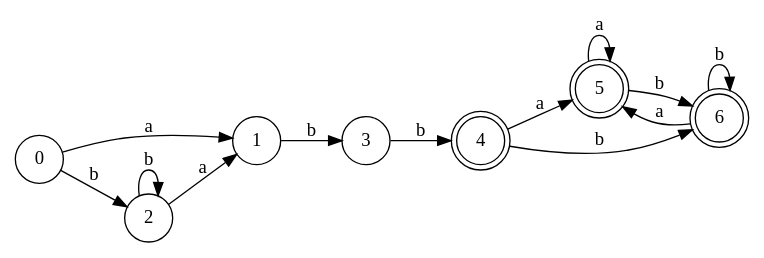
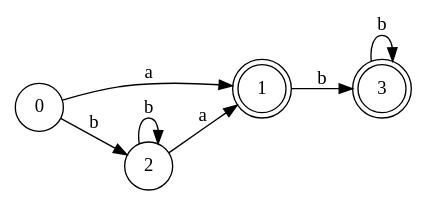
The diagram in afd.gv (paulbelches/scannerAndParserGenerator), drawn with Graphviz before and after one commit. The commit also changed 11 other files, not shown here.

```diff
--- a/afd.gv
+++ b/afd.gv
@@ -1,35 +1,21 @@
 digraph finite_state_machine {
 	rankdir=LR size="8,5"
 	node [shape=doublecircle]
-	4
+	1
 
-	5
-
-	6
+	3
 
 	node [shape=circle]
 	0 -> 1 [label=a
 ]
 	0 -> 2 [label=b
 ]
 	1 -> 3 [label=b
 ]
 	2 -> 1 [label=a
 ]
 	2 -> 2 [label=b
 ]
-	3 -> 4 [label=b
-]
-	4 -> 5 [label=a
-]
-	4 -> 6 [label=b
-]
-	5 -> 5 [label=a
-]
-	5 -> 6 [label=b
-]
-	6 -> 5 [label=a
-]
-	6 -> 6 [label=b
+	3 -> 3 [label=b
 ]
 }
```
